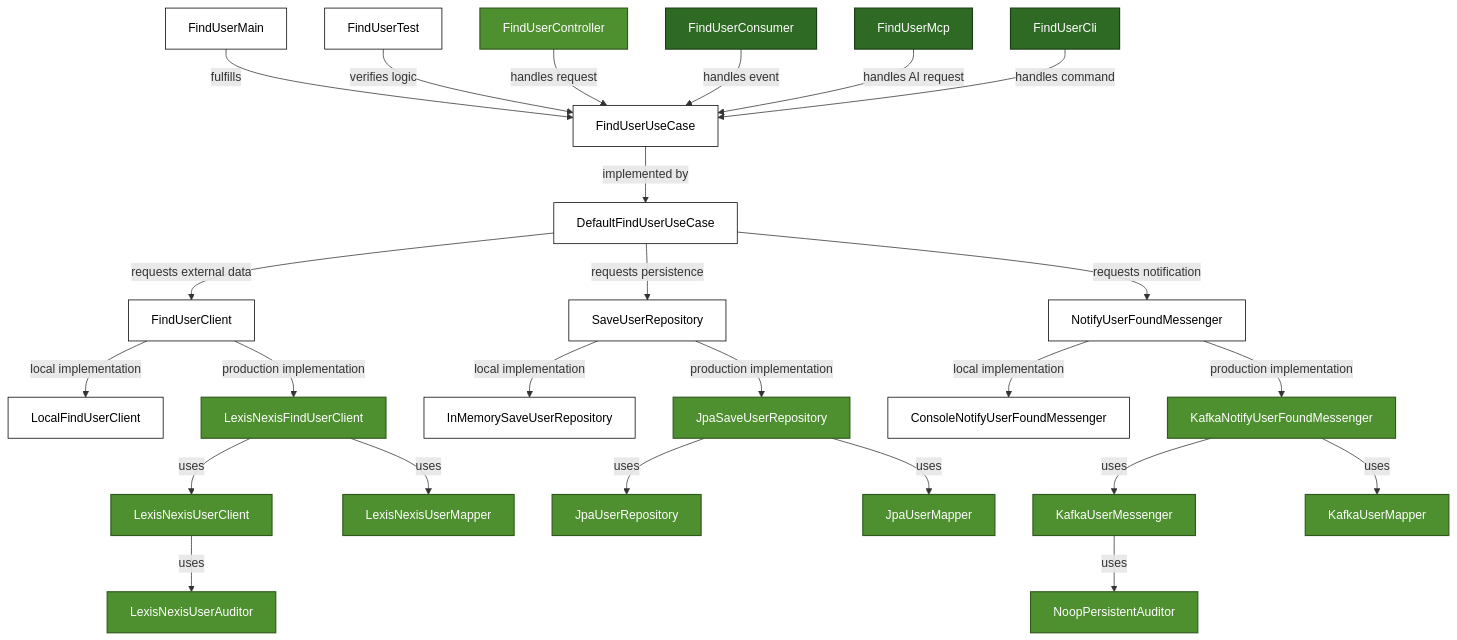
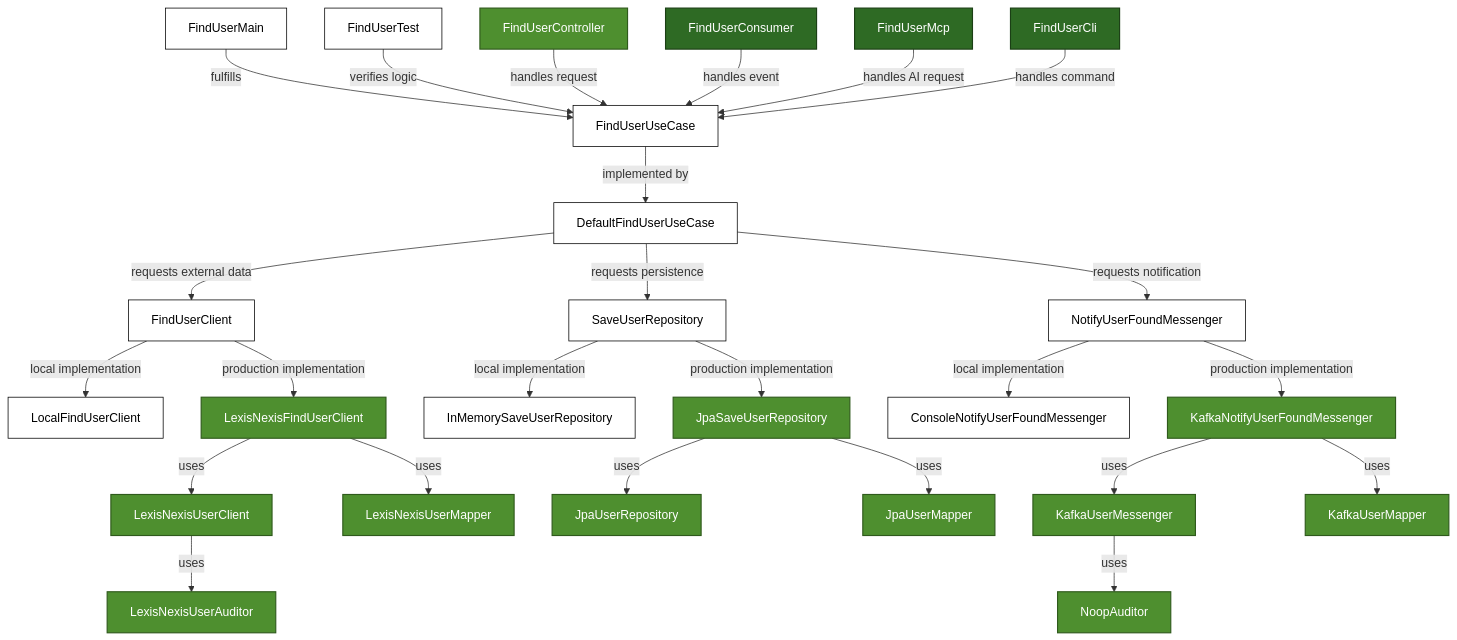
The diagram in README.md (hermi-projects/hermi), drawn with Mermaid before and after one commit. The commit also changed other lines of this file, not shown here.

````diff
--- a/README.md
+++ b/README.md
@@ -740,65 +786,65 @@
 ```mermaid
 graph TD
     %% Main Shell
     S_Main[FindUserMain] -->|fulfills| U_UseCase
 
     %% JUnit Shell
     S_JUnit[FindUserTest] -->|verifies logic| U_UseCase
     
     %% API Shell
     S_Api[FindUserController] -->|handles request| U_UseCase
 
     %% Consumer Shell
     S_Consumer[FindUserConsumer] -->|handles event| U_UseCase
 
     %% AI Shell
     S_Ai[FindUserMcp] -->|handles AI request| U_UseCase
 
     %% CLI Shell
     S_Cli[FindUserCli] -->|handles command| U_UseCase
 
     %% Use Case Interface -> Default Implementation
     U_UseCase[FindUserUseCase] -->|implemented by| U_Default[DefaultFindUserUseCase]
     
     %% Default Implementation -> Contracts
     U_Default -->|requests external data| U_Client[FindUserClient]
     U_Default -->|requests persistence| U_Repo[SaveUserRepository]
     U_Default -->|requests notification| U_Messenger[NotifyUserFoundMessenger]
 
     %% Local Implementations
     U_Client -->|local implementation| A_LocalClient[LocalFindUserClient]
     U_Repo -->|local implementation| A_LocalRepo[InMemorySaveUserRepository]
     U_Messenger -->|local implementation| A_LocalMessenger[ConsoleNotifyUserFoundMessenger]
 
     %% Production Implementations
     U_Client -->|production implementation| A_ProdClient[LexisNexisFindUserClient]
     A_ProdClient -->|uses| A_VendorClient[LexisNexisUserClient]
     A_ProdClient -->|uses| A_VendorMapper[LexisNexisUserMapper]
     A_VendorClient -->|uses| A_ClientAuditor[LexisNexisUserAuditor]
 
     U_Repo -->|production implementation| A_ProdRepo[JpaSaveUserRepository]
     A_ProdRepo -->|uses| A_VendorRepo[JpaUserRepository]
     A_ProdRepo -->|uses| A_RepoMapper[JpaUserMapper]
 
     U_Messenger -->|production implementation| A_ProdMessenger[KafkaNotifyUserFoundMessenger]
     A_ProdMessenger -->|uses| A_VendorMessenger[KafkaUserMessenger]
     A_ProdMessenger -->|uses| A_MessengerMapper[KafkaUserMapper]
-    A_VendorMessenger -->|uses| A_MessengerAuditor[NoopPersistentAuditor]
+    A_VendorMessenger -->|uses| A_MessengerAuditor[NoopAuditor]
 
     %% Styling
     classDef s_local fill:#FFFFFF,color:#000000,stroke:#000000,stroke-width:1px
     classDef s_api fill:#4E8F2F,color:#FFFFFF,stroke:#2F5A1C,stroke-width:1.5px
     classDef s_other fill:#2E6A24,color:#FFFFFF,stroke:#1B3F15,stroke-width:1.5px
     classDef core fill:#FFFFFF,color:#000000,stroke:#000000,stroke-width:1px
 
     %% Assign classes
     class S_Main,A_LocalClient,A_LocalRepo,A_LocalMessenger s_local
     class S_Api s_api
     class S_Consumer,S_Ai,S_Cli s_other
     class S_JUnit core
     class U_UseCase,U_Default,U_Client,U_Repo,U_Messenger core
     class A_ProdClient,A_ProdRepo,A_ProdMessenger s_api
     class A_VendorClient,A_VendorRepo,A_VendorMessenger s_api
     class A_VendorMapper,A_RepoMapper,A_MessengerMapper s_api
     class A_ClientAuditor,A_MessengerAuditor s_api
 ```
````
